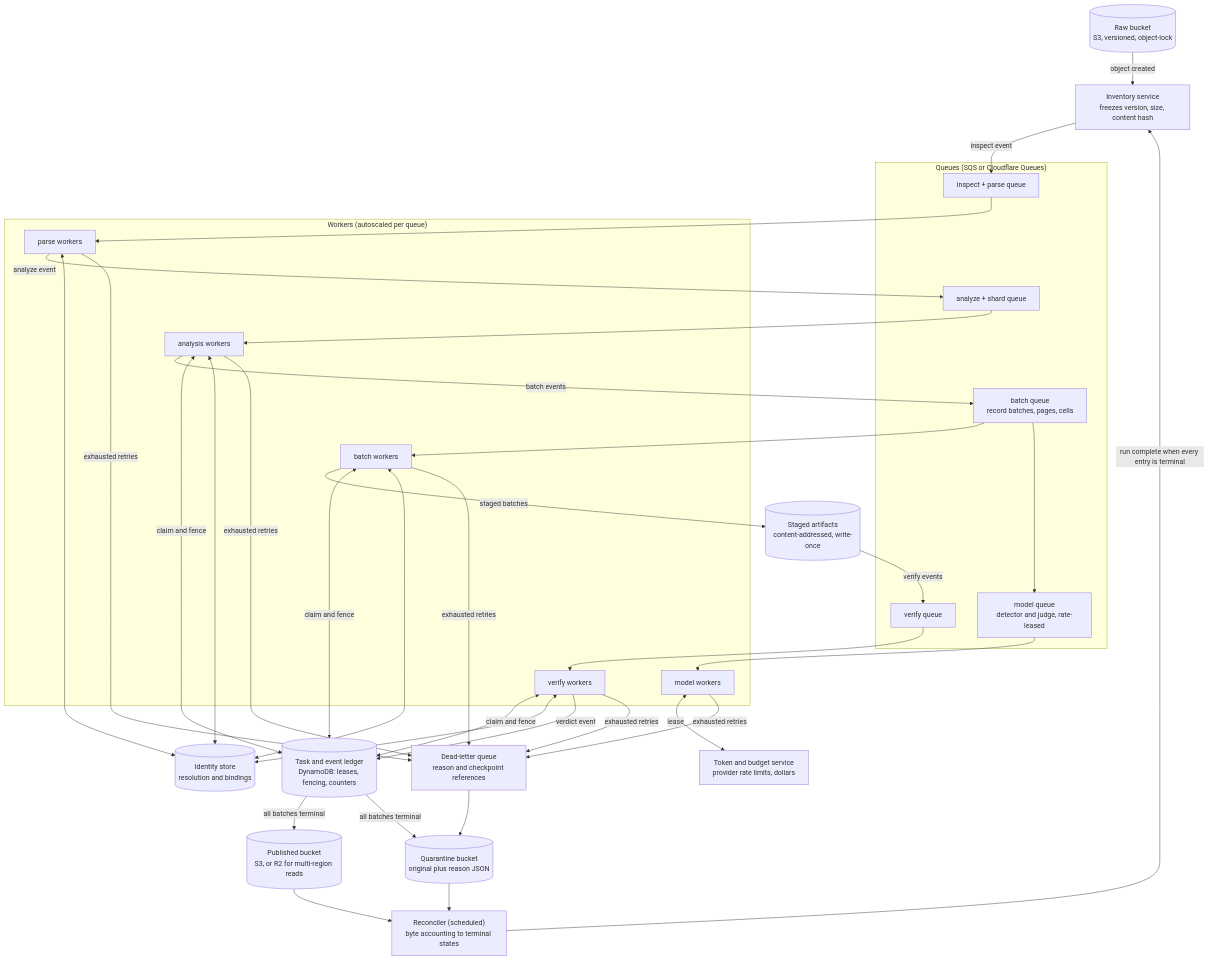
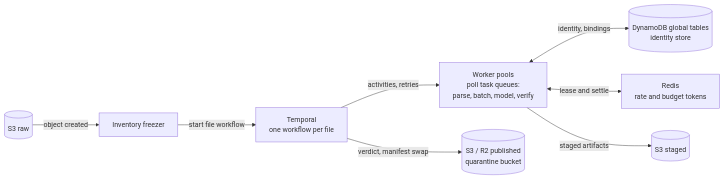
One commit to unkitkr/redactor changed the second of 2 diagrams in DESIGN.md. Above: the diagram before and after it, drawn with Mermaid. The commit also changed other lines of this file, not shown here.

Commit message:
docs(design): present the event-driven design and the temporal production design

````diff
--- a/DESIGN.md
+++ b/DESIGN.md
@@ -22,45 +91,10 @@
 ```mermaid
-flowchart TB
-    raw[("Raw bucket<br/>S3, versioned, object-lock")]
-    inv["Inventory service<br/>freezes version, size, content hash"]
-    subgraph queues["Queues (SQS or Cloudflare Queues)"]
-        q1["inspect + parse queue"]
-        q2["analyze + shard queue"]
-        q3["batch queue<br/>record batches, pages, cells"]
-        q4["model queue<br/>detector and judge, rate-leased"]
-        q5["verify queue"]
-    end
-    subgraph workers["Workers (autoscaled per queue)"]
-        w1["parse workers"]
-        w2["analysis workers"]
-        w3["batch workers"]
-        w4["model workers"]
-        w5["verify workers"]
-    end
-    table[("Task and event ledger<br/>DynamoDB: leases, fencing, counters")]
-    ids[("Identity store<br/>resolution and bindings")]
-    tokens["Token and budget service<br/>provider rate limits, dollars"]
-    staged[("Staged artifacts<br/>content-addressed, write-once")]
-    pub[("Published bucket<br/>S3, or R2 for multi-region reads")]
-    quar[("Quarantine bucket<br/>original plus reason JSON")]
-    dlq["Dead-letter queue<br/>reason and checkpoint references"]
-    rec["Reconciler (scheduled)<br/>byte accounting to terminal states"]
-
-    raw -->|object created| inv
-    inv -->|inspect event| q1
-    q1 --> w1 -->|analyze event| q2
-    q2 --> w2 -->|batch events| q3
-    q3 --> w3 -->|staged batches| staged
-    w2 & w3 & w5 <-->|claim and fence| table
-    q3 --> q4
-    q4 --> w4
-    w4 <-->|lease| tokens
-    w1 & w2 & w3 & w5 <--> ids
-    staged -->|verify events| q5
-    q5 --> w5 -->|verdict event| table
-    table -->|all batches terminal| pub & quar
-    w1 & w2 & w3 & w4 & w5 -->|exhausted retries| dlq
-    dlq --> quar
-    pub & quar --> rec
-    rec -->|"run complete when every entry is terminal"| inv
+flowchart LR
+    s3[("S3 raw")] -->|object created| inv["Inventory freezer"]
+    inv -->|start file workflow| t["Temporal<br/>one workflow per file"]
+    t -->|activities, retries| w["Worker pools<br/>poll task queues:<br/>parse, batch, model, verify"]
+    w <-->|identity, bindings| ddb[("DynamoDB global tables<br/>identity store")]
+    w <-->|lease and settle| r["Redis<br/>rate and budget tokens"]
+    w -->|staged artifacts| st[("S3 staged")]
+    t -->|verdict, manifest swap| out[("S3 / R2 published<br/>quarantine bucket")]
 ```
````
